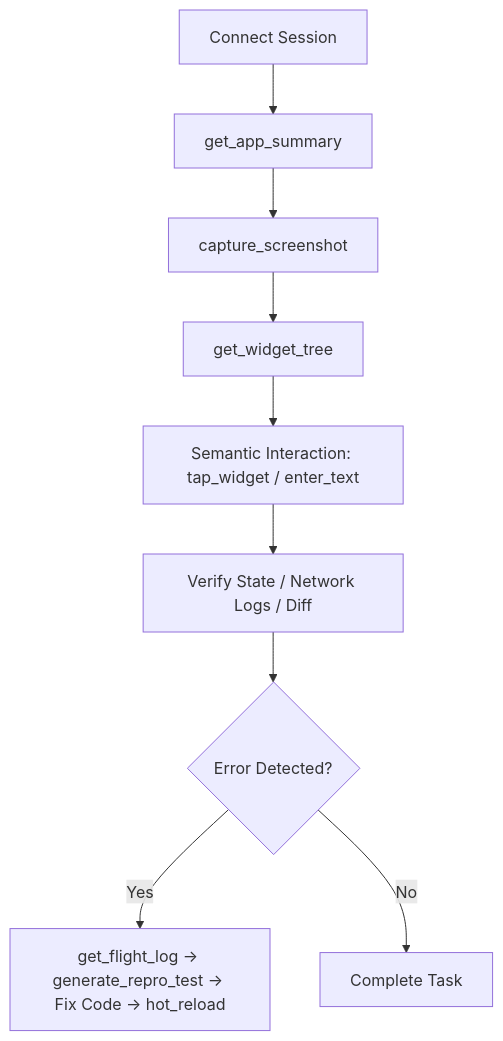
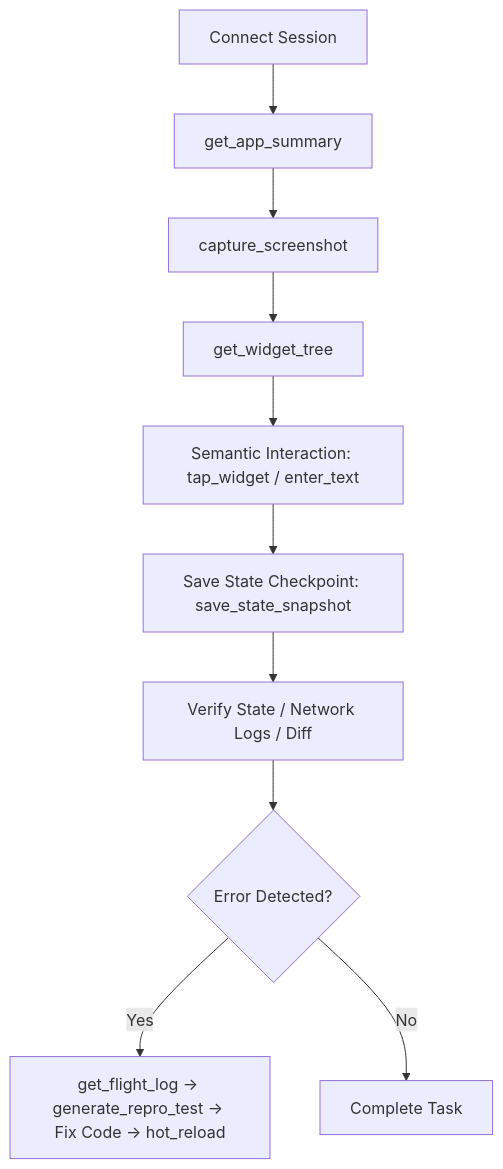
The diagram in skills/flutterpilot/SKILL.md (abugeek/FlutterPilot), drawn with Mermaid before and after one commit. The commit also changed other lines of this file and 11 other files, not shown here.

````diff
--- a/skills/flutterpilot/SKILL.md
+++ b/skills/flutterpilot/SKILL.md
@@ -22,11 +24,12 @@
 ```mermaid
 flowchart TD
     A[Connect Session] --> B[get_app_summary]
     B --> C[capture_screenshot]
     C --> D[get_widget_tree]
     D --> E[Semantic Interaction: tap_widget / enter_text]
-    E --> F[Verify State / Network Logs / Diff]
-    F --> G{Error Detected?}
-    G -- Yes --> H[get_flight_log -> generate_repro_test -> Fix Code -> hot_reload]
-    G -- No --> I[Complete Task]
+    E --> F[Save State Checkpoint: save_state_snapshot]
+    F --> G[Verify State / Network Logs / Diff]
+    G --> H{Error Detected?}
+    H -- Yes --> I[get_flight_log -> generate_repro_test -> Fix Code -> hot_reload]
+    H -- No --> J[Complete Task]
 ```
````
